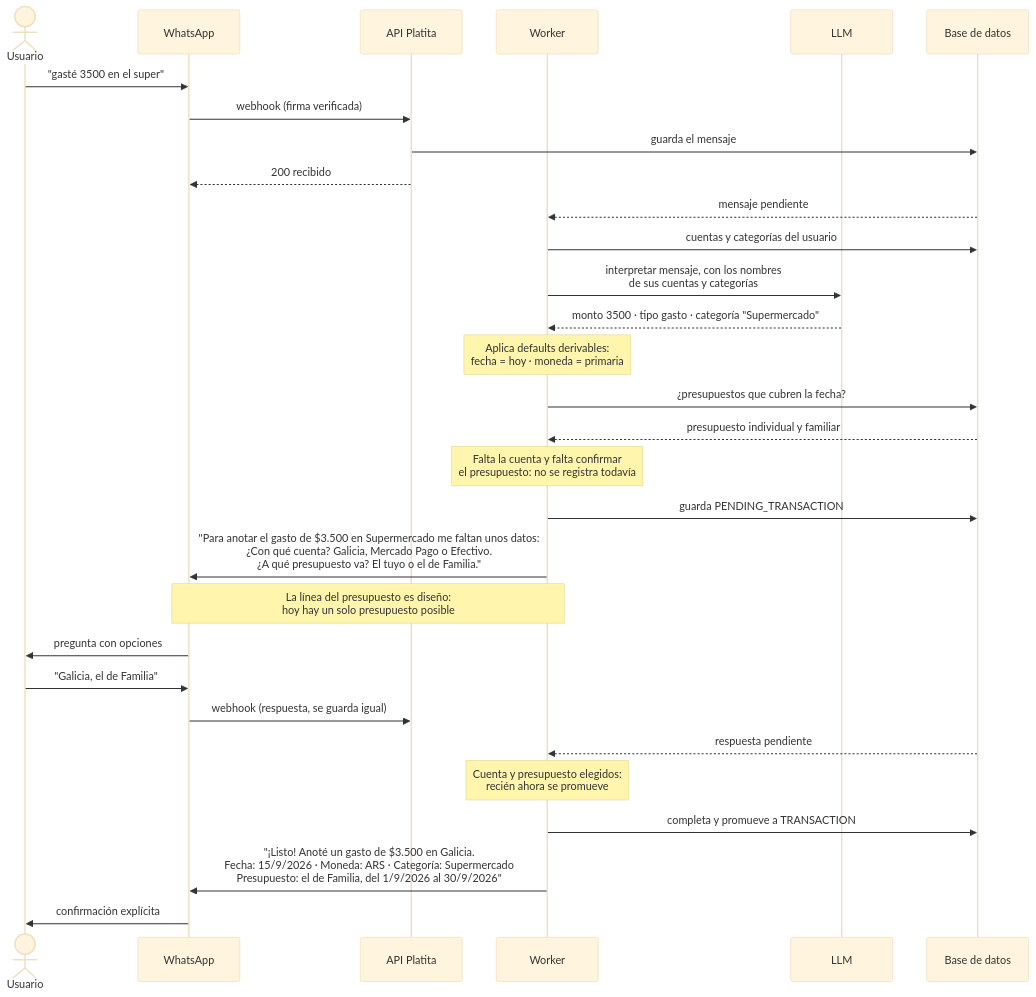
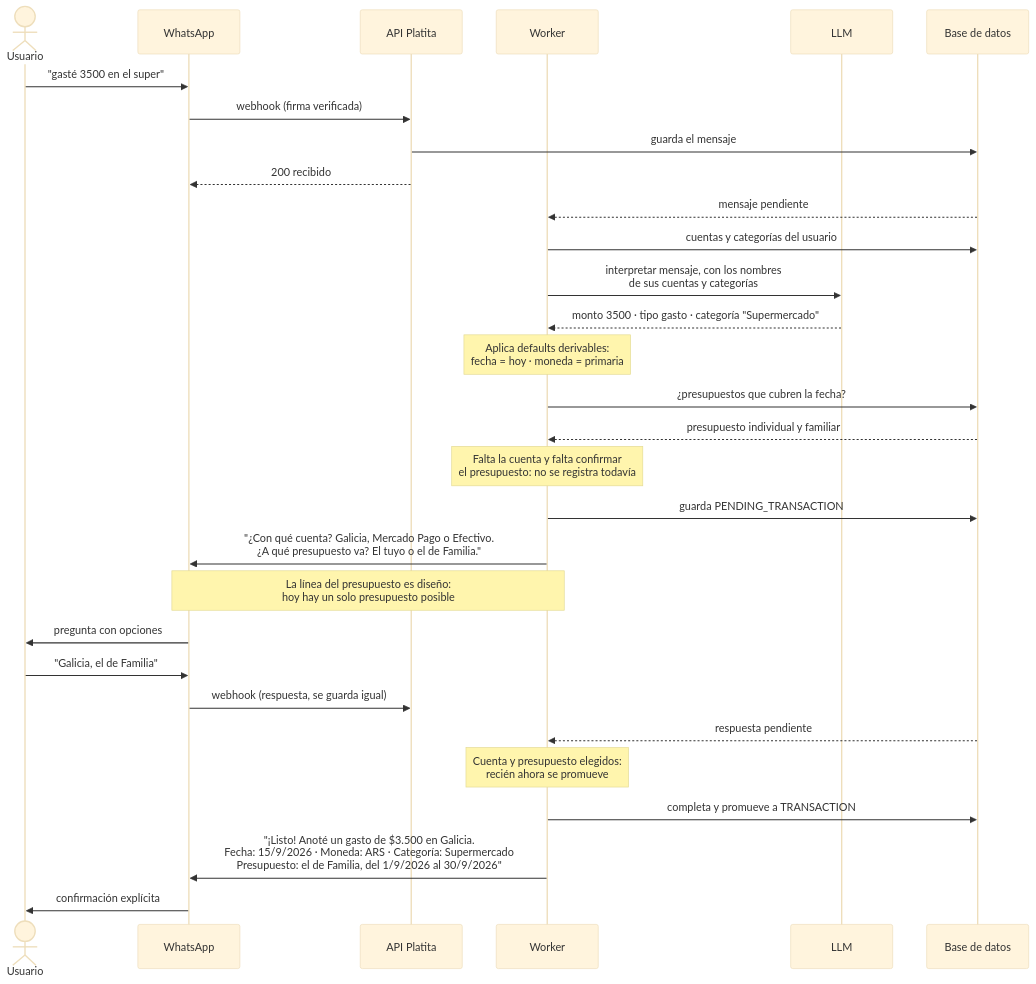
Before and after one commit to verozacarias-prog/AI4Devs-finalproject: the diagram in docs/01-producto.md, drawn with Mermaid (base theme). The commit also changed 2 other files, not shown here.

Commit message:
docs(pendientes): la pregunta va directa, el tipo dicho acota las cuentas y CA-47 suma el tipo y el destino
El /spec-drift del corte 1 de FEAT-006. En FEAT-003, CA-22 saca la línea
de lo interpretado de la pregunta, CA-36 nombra el pendiente al repetirla,
y CA-47 cuenta como rechazo las palabras del tipo y la cuenta de destino
que el mensaje no escribe. Cambian C1-17, C1-22, C2-02 a C2-06, C2-09,
C2-12, C2-15, C2-18, C2-20, C2-37, C2-44, C2-45 y C2-47, y se suma C2-54.

````diff
--- a/docs/01-producto.md
+++ b/docs/01-producto.md
@@ -95,33 +95,33 @@
 ```mermaid
 sequenceDiagram
     actor U as Usuario
     participant WA as WhatsApp
     participant API as API Platita
     participant W as Worker
     participant LLM as LLM
     participant DB as Base de datos
 
     U->>WA: "gasté 3500 en el super"
     WA->>API: webhook (firma verificada)
     API->>DB: guarda el mensaje
     API-->>WA: 200 recibido
     DB-->>W: mensaje pendiente
     W->>DB: cuentas y categorías del usuario
     W->>LLM: interpretar mensaje, con los nombres<br/>de sus cuentas y categorías
     LLM-->>W: monto 3500 · tipo gasto · categoría "Supermercado"
     Note over W: Aplica defaults derivables:<br/>fecha = hoy · moneda = primaria
     W->>DB: ¿presupuestos que cubren la fecha?
     DB-->>W: presupuesto individual y familiar
     Note over W: Falta la cuenta y falta confirmar<br/>el presupuesto: no se registra todavía
     W->>DB: guarda PENDING_TRANSACTION
-    W->>WA: "Para anotar el gasto de $3.500 en Supermercado me faltan unos datos:<br/>¿Con qué cuenta? Galicia, Mercado Pago o Efectivo.<br/>¿A qué presupuesto va? El tuyo o el de Familia."
+    W->>WA: "¿Con qué cuenta? Galicia, Mercado Pago o Efectivo.<br/>¿A qué presupuesto va? El tuyo o el de Familia."
     Note over W,WA: La línea del presupuesto es diseño:<br/>hoy hay un solo presupuesto posible
     WA->>U: pregunta con opciones
     U->>WA: "Galicia, el de Familia"
     WA->>API: webhook (respuesta, se guarda igual)
     DB-->>W: respuesta pendiente
     Note over W: Cuenta y presupuesto elegidos:<br/>recién ahora se promueve
     W->>DB: completa y promueve a TRANSACTION
     W->>WA: "¡Listo! Anoté un gasto de $3.500 en Galicia.<br/>Fecha: 15/9/2026 · Moneda: ARS · Categoría: Supermercado<br/>Presupuesto: el de Familia, del 1/9/2026 al 30/9/2026"
     WA->>U: confirmación explícita
 ```
````
